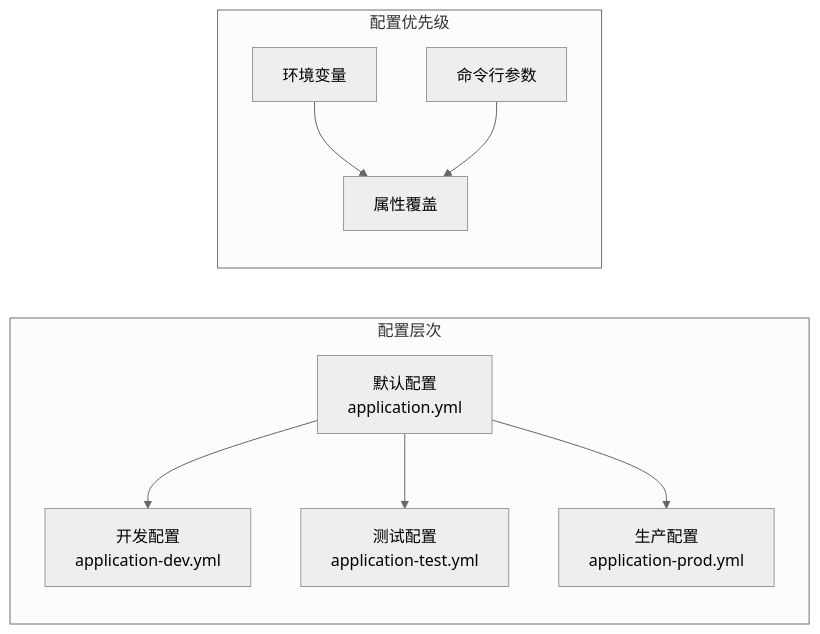
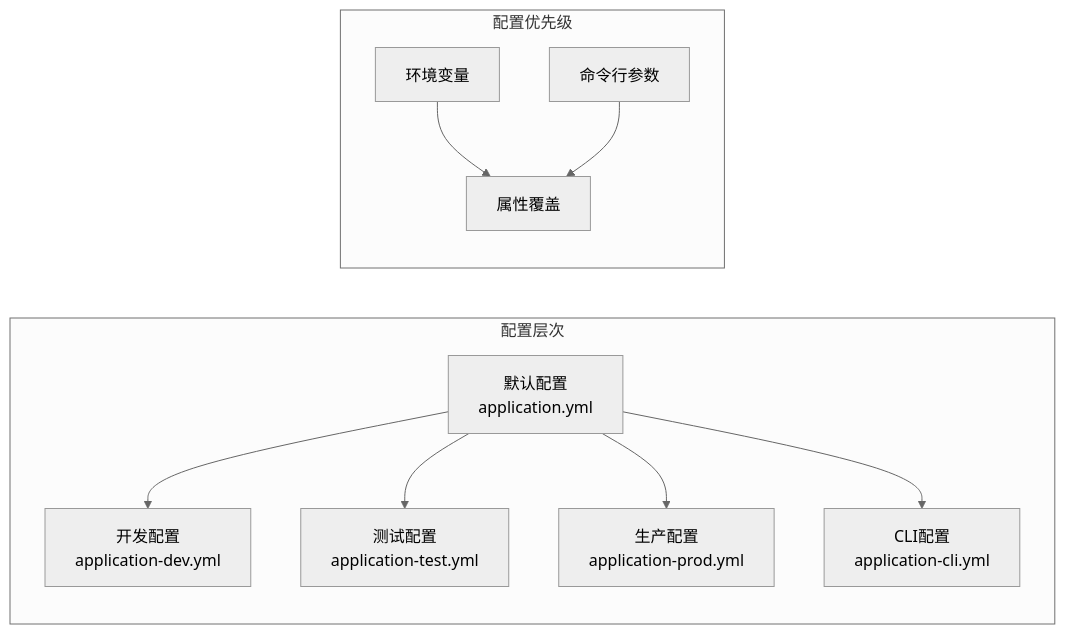
The seventh of 8 diagrams in .qoder/repowiki/zh/content/部署指南.md (gree-coder/fund-butler), drawn with Mermaid (neutral theme) before and after one commit. The commit also changed other lines of this file and 51 other files, not shown here.

````diff
--- a/.qoder/repowiki/zh/content/部署指南.md
+++ b/.qoder/repowiki/zh/content/部署指南.md
@@ -810,19 +842,21 @@
 ```mermaid
 graph LR
 subgraph "配置层次"
 Default[默认配置<br/>application.yml]
 Dev[开发配置<br/>application-dev.yml]
 Test[测试配置<br/>application-test.yml]
 Prod[生产配置<br/>application-prod.yml]
+Cli[CLI配置<br/>application-cli.yml]
 end
 subgraph "配置优先级"
 Override[属性覆盖]
 Env[环境变量]
 Command[命令行参数]
 end
 Default --> Dev
 Default --> Test
 Default --> Prod
+Default --> Cli
 Env --> Override
 Command --> Override
 ```
````
